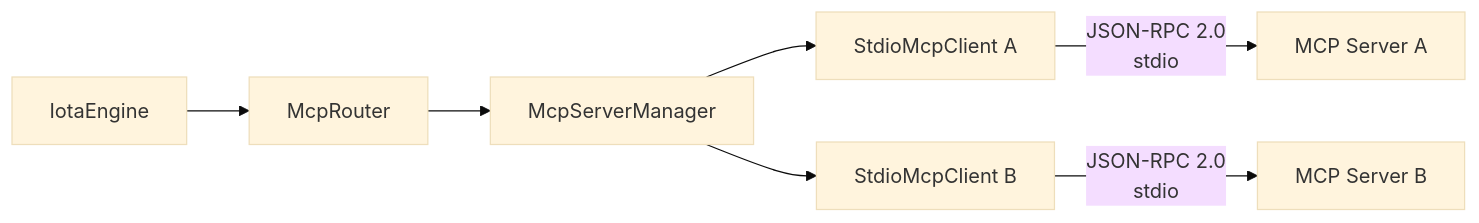
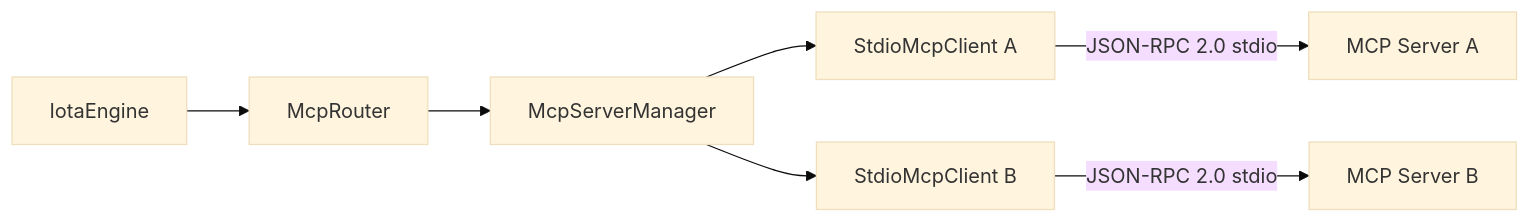
The second of 2 diagrams in docs/guides/05-engine-guide.md (feuyeux/iota), drawn with Mermaid (base theme) before and after one commit. The commit also changed other lines of this file and 66 other files, not shown here.

````diff
--- a/docs/guides/05-engine-guide.md
+++ b/docs/guides/05-engine-guide.md
@@ -1105,9 +1034,9 @@
 ```mermaid
 graph LR
     Engine[IotaEngine] --> Router[McpRouter]
     Router --> Manager[McpServerManager]
     Manager --> ClientA[StdioMcpClient A]
     Manager --> ClientB[StdioMcpClient B]
-    ClientA -->|JSON-RPC 2.0<br/>stdio| ServerA[MCP Server A]
-    ClientB -->|JSON-RPC 2.0<br/>stdio| ServerB[MCP Server B]
+    ClientA -->|JSON-RPC 2.0 stdio| ServerA[MCP Server A]
+    ClientB -->|JSON-RPC 2.0 stdio| ServerB[MCP Server B]
 ```
````
